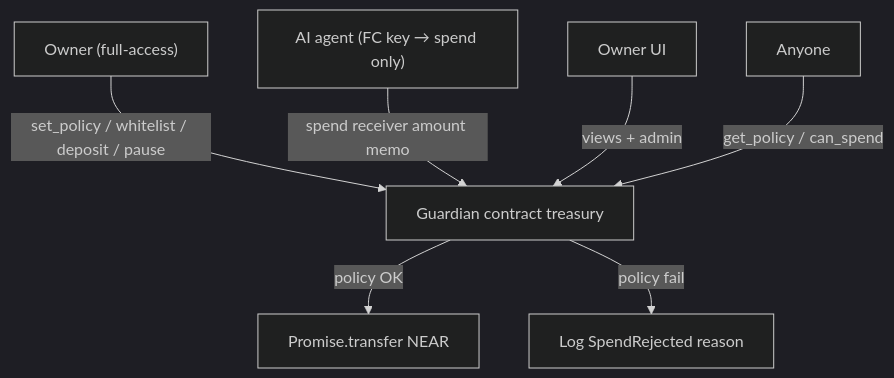
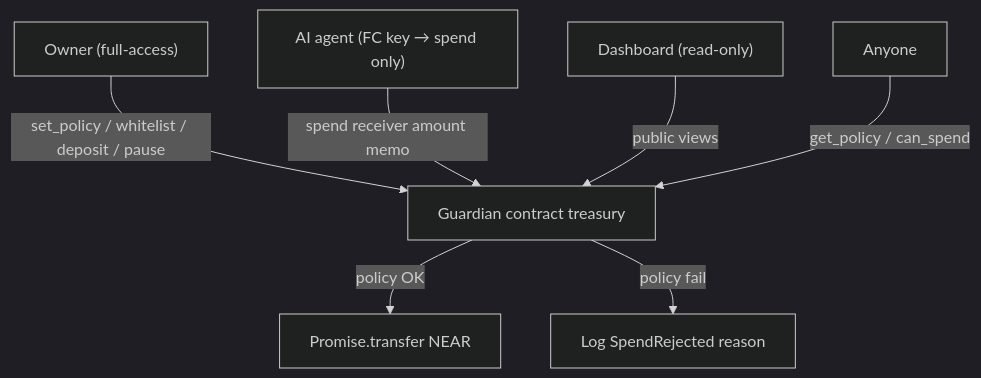
One commit to aoyamari/Bound changed the diagram in README.md. Above: the diagram before and after it, drawn with Mermaid (dark theme). The commit also changed other lines of this file and 10 other files, not shown here.

````diff
--- a/README.md
+++ b/README.md
@@ -39,9 +39,9 @@
 ```mermaid
 flowchart TD
   Owner["Owner (full-access)"] -->|set_policy / whitelist / deposit / pause| G["Guardian contract treasury"]
   Agent["AI agent (FC key → spend only)"] -->|spend receiver amount memo| G
   G -->|policy OK| Transfer["Promise.transfer NEAR"]
   G -->|policy fail| Reject["Log SpendRejected reason"]
-  UI["Owner UI"] -->|views + admin| G
+  UI["Dashboard (read-only)"] -->|public views| G
   Public["Anyone"] -->|get_policy / can_spend| G
 ```
````
